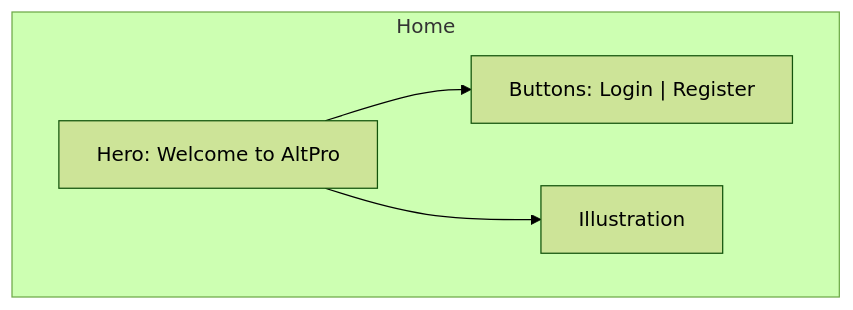
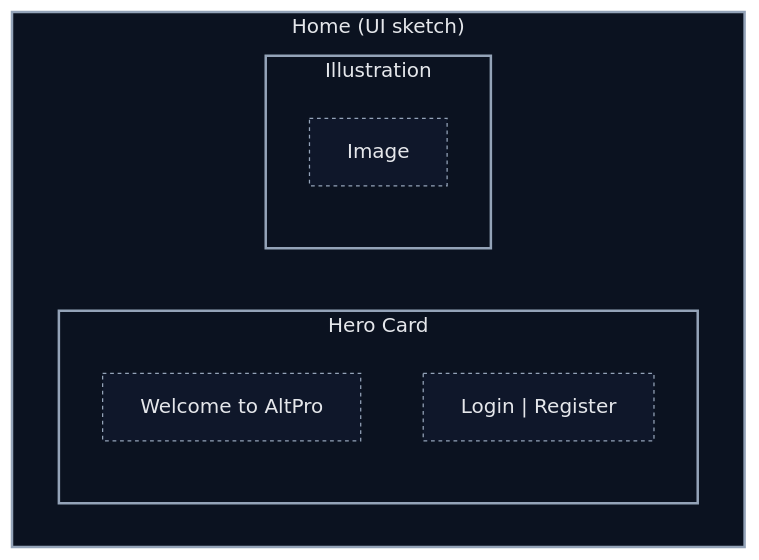
The second of 10 diagrams in README.md (TaurasGG/altpro), drawn with Mermaid (forest theme) before and after one commit. The commit also changed other lines of this file, not shown here.

````diff
--- a/README.md
+++ b/README.md
@@ -72,10 +72,17 @@
 ```mermaid
-flowchart TD
-  subgraph Home["Home"]
-    H1["Hero: Welcome to AltPro"]
-    CTA["Buttons: Login | Register"]
-    IMG["Illustration"]
+flowchart LR
+  classDef container stroke:#94a3b8,fill:#0b1220,stroke-width:2,color:#e5e7eb;
+  classDef component stroke:#94a3b8,fill:#0f172a,stroke-dasharray:3 3,color:#e5e7eb,stroke-width:1;
+  subgraph Page["Home (UI sketch)"]
+    direction LR
+    subgraph Left["Hero Card"]
+      HTitle["Welcome to AltPro"]
+      HButtons["Login | Register"]
+    end
+    subgraph Right["Illustration"]
+      HImage["Image"]
+    end
   end
-  H1 --> CTA
-  H1 --> IMG
+  class Page,Left,Right container
+  class HTitle,HButtons,HImage component
 ```
````
